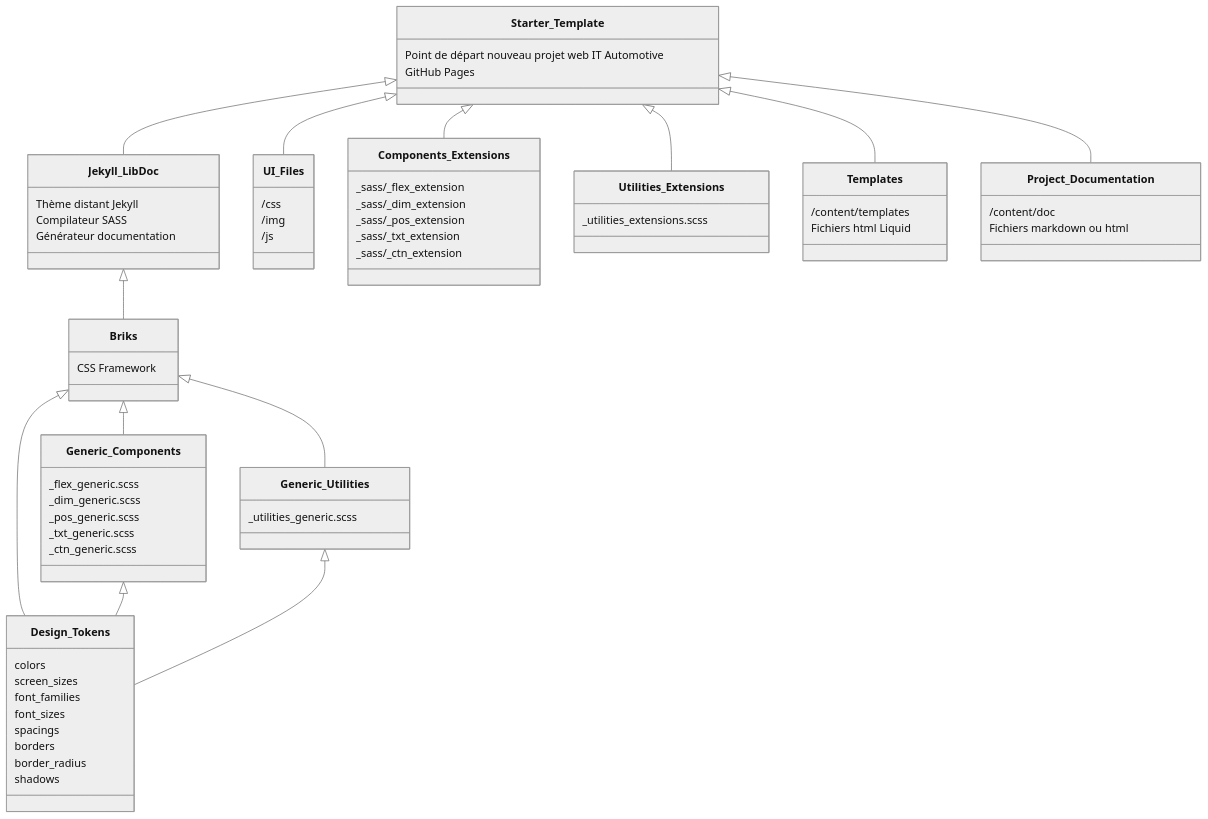
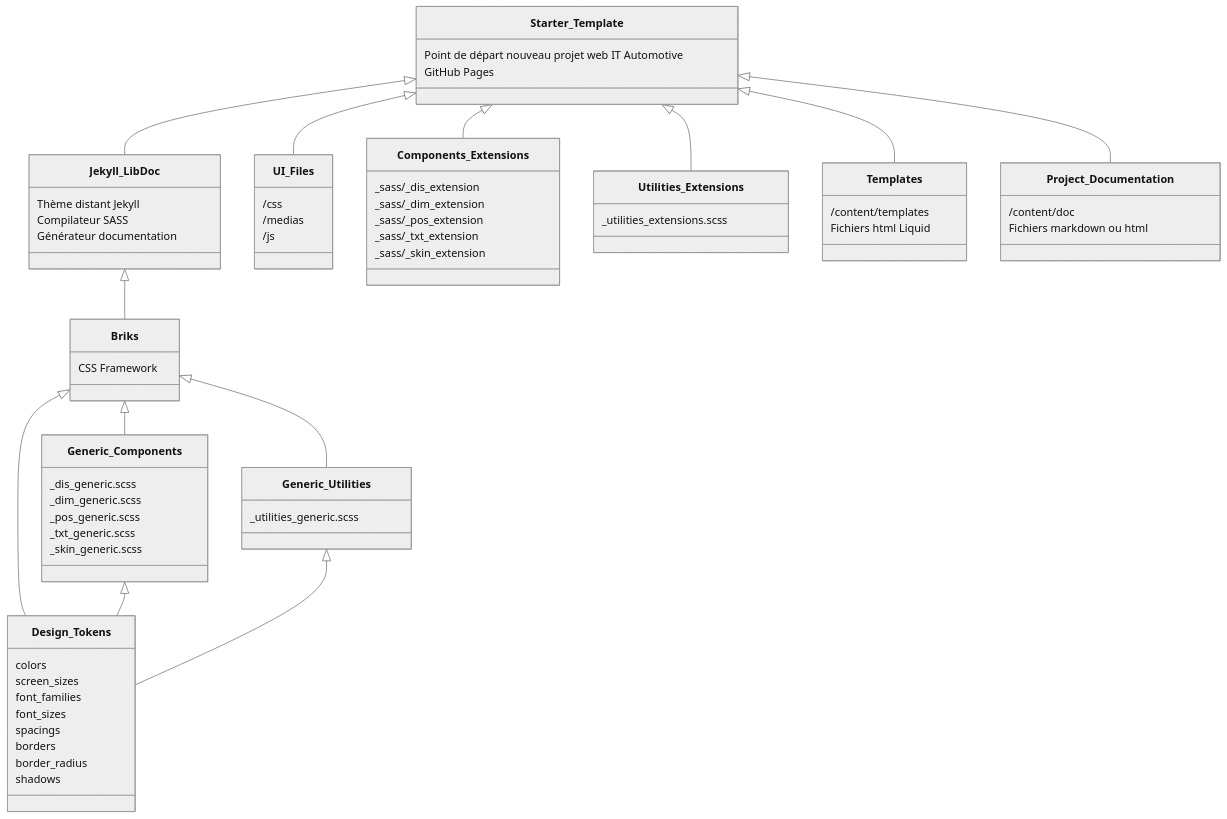
Before and after one commit to ita-design-system/starter-template: the first of 2 diagrams in README.md, drawn with Mermaid (neutral theme). The commit also changed other lines of this file, not shown here.

````diff
--- a/README.md
+++ b/README.md
@@ -5,70 +5,70 @@
 ```mermaid
 classDiagram
     Jekyll_LibDoc <|-- Briks
     Briks <|-- Generic_Utilities
     Briks <|-- Generic_Components
     Briks <|-- Design_Tokens
     Starter_Template <|-- Jekyll_LibDoc
     Starter_Template <|-- UI_Files
     Starter_Template <|-- Components_Extensions
     Starter_Template <|-- Utilities_Extensions
     Starter_Template <|-- Templates
     Starter_Template <|-- Project_Documentation
     Generic_Components <|-- Design_Tokens
     Generic_Utilities <|-- Design_Tokens
     class Starter_Template {
         Point de départ nouveau projet web IT Automotive
         GitHub Pages
     }
     class Jekyll_LibDoc{
         Thème distant Jekyll
         Compilateur SASS
         Générateur documentation
     }
     class Project_Documentation {
         /content/doc
         Fichiers markdown ou html
     }
     class Templates {
         /content/templates
         Fichiers html Liquid
     }
     class Components_Extensions {
-        _sass/_flex_extension
+        _sass/_dis_extension
         _sass/_dim_extension
         _sass/_pos_extension
         _sass/_txt_extension
-        _sass/_ctn_extension
+        _sass/_skin_extension
     }
     class Generic_Components {
-        _flex_generic.scss
+        _dis_generic.scss
         _dim_generic.scss
         _pos_generic.scss
         _txt_generic.scss
-        _ctn_generic.scss
+        _skin_generic.scss
     }
     class Generic_Utilities {
         _utilities_generic.scss
     }
     class Utilities_Extensions {
         _utilities_extensions.scss
     }
     class Briks{
         CSS Framework
     }
     class Design_Tokens {
         colors
         screen_sizes
         font_families
         font_sizes
         spacings
         borders
         border_radius
         shadows
     }
     class UI_Files {
         /css
-        /img
+        /medias
         /js
     }
 ```
````
